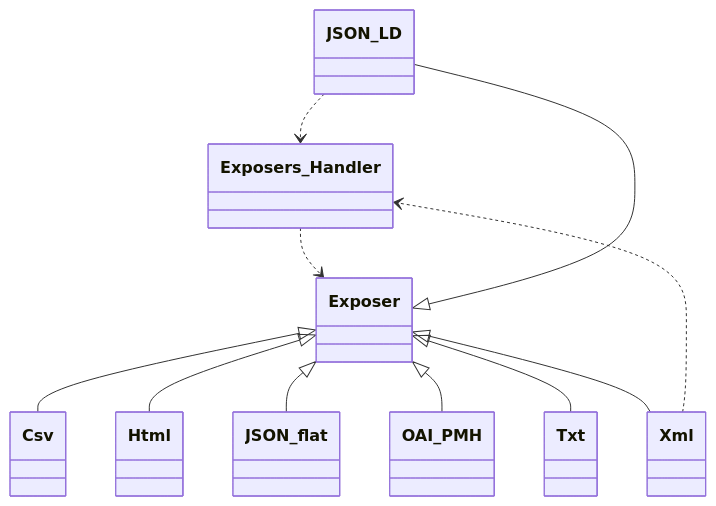
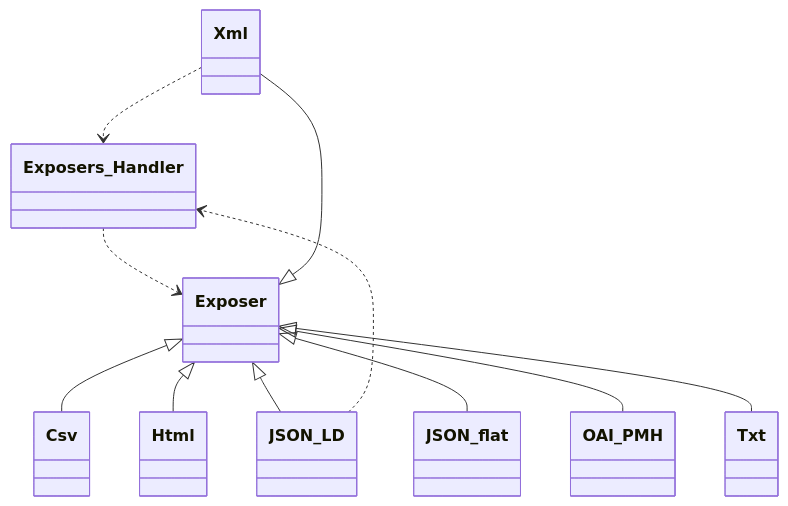
Before and after one commit to tainacan/tainacan: the sixth of 13 diagrams in docs/phpdoc/Home.md, drawn with Mermaid. The commit also changed other lines of this file and 94 other files, not shown here.

````diff
--- a/docs/phpdoc/Home.md
+++ b/docs/phpdoc/Home.md
@@ -461,23 +461,23 @@
 ```mermaid
 classDiagram
     direction TB
+    class Xml { }
+    class Csv { }
+    class Txt { }
+    class Exposers_Handler { }
+    class JSON_flat { }
+    class Html { }
+    class Exposer { }
     class JSON_LD { }
-    class Exposer { }
-    class JSON_flat { }
-    class Csv { }
     class OAI_PMH { }
-    class Txt { }
-    class Xml { }
-    class Exposers_Handler { }
-    class Html { }
     Exposer <|-- Csv
     Exposer <|-- Html
     Exposer <|-- JSON_LD
     Exposer <|-- JSON_flat
     Exposer <|-- OAI_PMH
     Exposer <|-- Txt
     Exposer <|-- Xml
     Exposers_Handler ..> Exposer
     JSON_LD ..> Exposers_Handler
     Xml ..> Exposers_Handler
 ```
````
